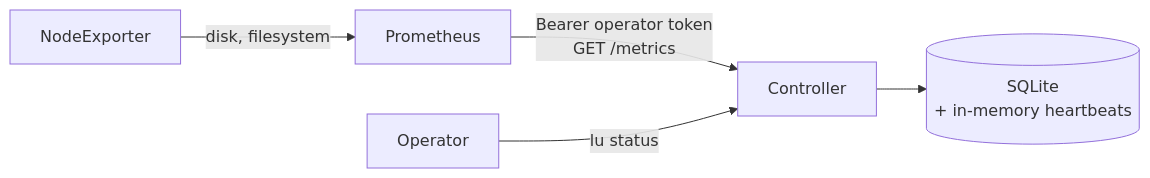
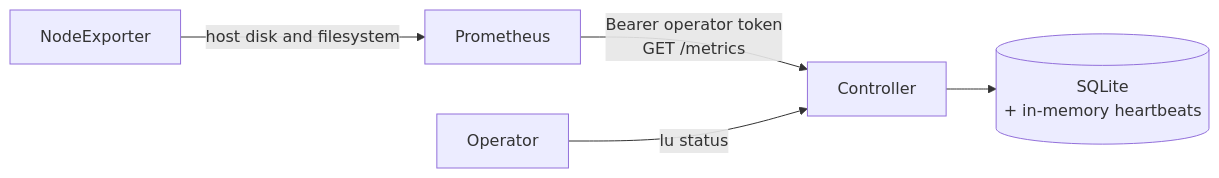
Before and after one commit to ddproxy/lu: the diagram in docs/monitoring.md, drawn with Mermaid. The commit also changed other lines of this file and 11 other files, not shown here.

````diff
--- a/docs/monitoring.md
+++ b/docs/monitoring.md
@@ -5,7 +5,7 @@
 ```mermaid
 flowchart LR
     Prometheus -->|"Bearer operator token<br/>GET /metrics"| Controller
     Operator -->|"lu status"| Controller
     Controller --> Store[("SQLite<br/>+ in-memory heartbeats")]
-    NodeExporter -->|"disk, filesystem"| Prometheus
+    NodeExporter -->|"host disk and filesystem"| Prometheus
 ```
````
